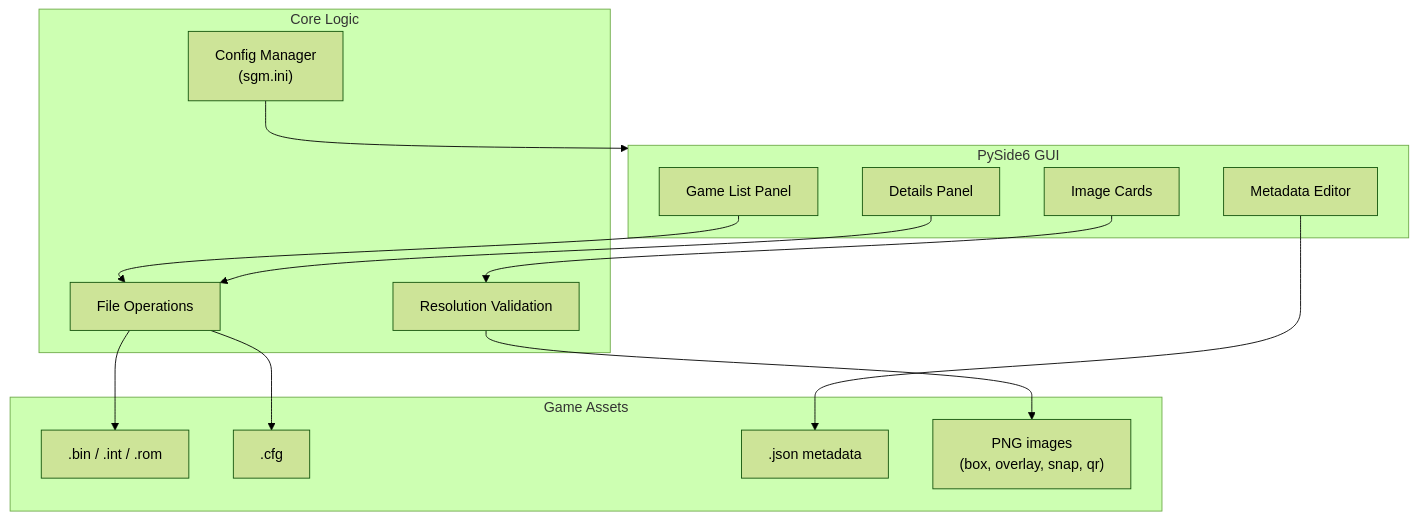
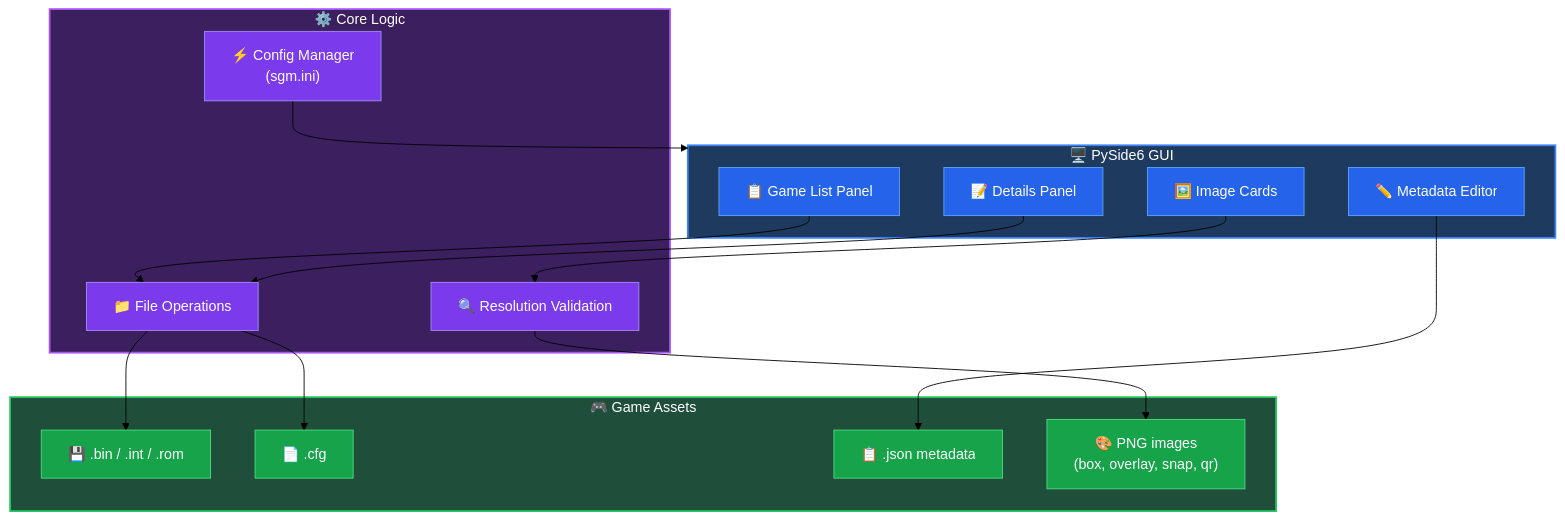
Before and after one commit to evets17/SprintGameManager: the diagram in README.md, drawn with Mermaid (forest theme).

Commit message:
update architecture diagram (give it some flair)

````diff
--- a/README.md
+++ b/README.md
@@ -9,31 +9,49 @@
 ```mermaid
 flowchart TB
-    subgraph UI["PySide6 GUI"]
-        GameList["Game List Panel"]
-        Details["Details Panel"]
-        Metadata["Metadata Editor"]
-        ImageCards["Image Cards"]
+    subgraph UI["🖥️ PySide6 GUI"]
+        GameList["📋 Game List Panel"]
+        Details["📝 Details Panel"]
+        Metadata["✏️ Metadata Editor"]
+        ImageCards["🖼️ Image Cards"]
     end
 
-    subgraph Core["Core Logic"]
-        FileOps["File Operations"]
-        Validation["Resolution Validation"]
-        Config["Config Manager<br/>(sgm.ini)"]
+    subgraph Core["⚙️ Core Logic"]
+        FileOps["📁 File Operations"]
+        Validation["🔍 Resolution Validation"]
+        Config["⚡ Config Manager<br/>(sgm.ini)"]
     end
 
-    subgraph Assets["Game Assets"]
-        ROM[".bin / .int / .rom"]
-        CFG[".cfg"]
-        JSON[".json metadata"]
-        Images["PNG images<br/>(box, overlay, snap, qr)"]
+    subgraph Assets["🎮 Game Assets"]
+        ROM["💾 .bin / .int / .rom"]
+        CFG["📄 .cfg"]
+        JSON["📋 .json metadata"]
+        Images["🎨 PNG images<br/>(box, overlay, snap, qr)"]
     end
 
     GameList --> FileOps
     Details --> FileOps
     Metadata --> JSON
     ImageCards --> Validation
     Validation --> Images
     FileOps --> ROM
     FileOps --> CFG
     Config --> UI
+
+    style UI fill:#1e3a5f,stroke:#3b82f6,stroke-width:2px,color:#fff
+    style Core fill:#3b1f5f,stroke:#a855f7,stroke-width:2px,color:#fff
+    style Assets fill:#1f4f3a,stroke:#22c55e,stroke-width:2px,color:#fff
+    
+    style GameList fill:#2563eb,stroke:#60a5fa,color:#fff
+    style Details fill:#2563eb,stroke:#60a5fa,color:#fff
+    style Metadata fill:#2563eb,stroke:#60a5fa,color:#fff
+    style ImageCards fill:#2563eb,stroke:#60a5fa,color:#fff
+    
+    style FileOps fill:#7c3aed,stroke:#a78bfa,color:#fff
+    style Validation fill:#7c3aed,stroke:#a78bfa,color:#fff
+    style Config fill:#7c3aed,stroke:#a78bfa,color:#fff
+    
+    style ROM fill:#16a34a,stroke:#4ade80,color:#fff
+    style CFG fill:#16a34a,stroke:#4ade80,color:#fff
+    style JSON fill:#16a34a,stroke:#4ade80,color:#fff
+    style Images fill:#16a34a,stroke:#4ade80,color:#fff
 ```
````
